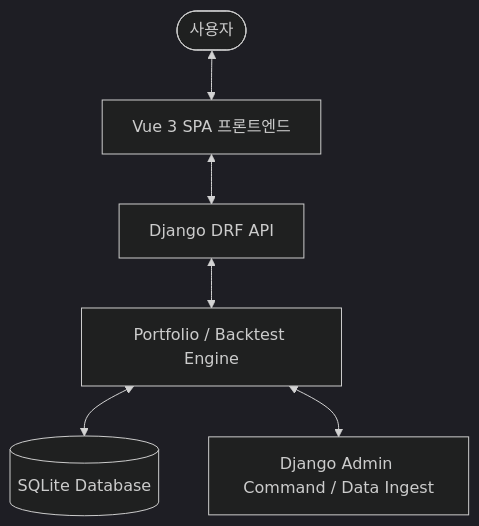
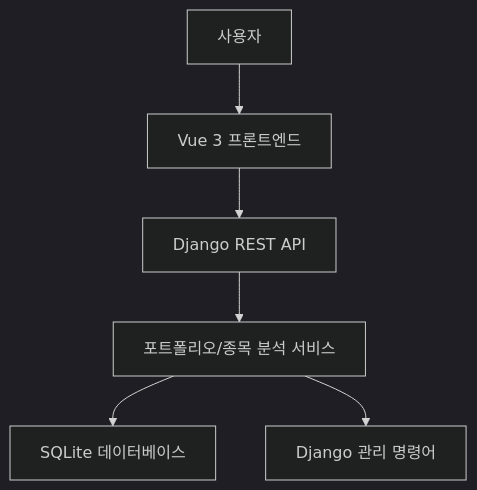
Before and after one commit to Janjonghwa/Alphapick: the diagram in docs/README.md, drawn with Mermaid (dark theme). The commit also changed other lines of this file and 46 other files, not shown here.

````diff
--- a/docs/README.md
+++ b/docs/README.md
@@ -69,8 +32,8 @@
-  ```mermaid
-  graph TD
-    User([사용자]) <--> Vue[Vue 3 SPA 프론트엔드]
-    Vue <--> API[Django DRF API]
-    API <--> Services[Portfolio / Backtest Engine]
-    Services <--> DB[(SQLite Database)]
-    Services <--> Command[Django Admin Command / Data Ingest]
-  ```
+```mermaid
+graph TD
+  User["사용자"] --> Vue["Vue 3 프론트엔드"]
+  Vue --> API["Django REST API"]
+  API --> Service["포트폴리오/종목 분석 서비스"]
+  Service --> DB["SQLite 데이터베이스"]
+  Service --> Seed["Django 관리 명령어"]
+```
````
